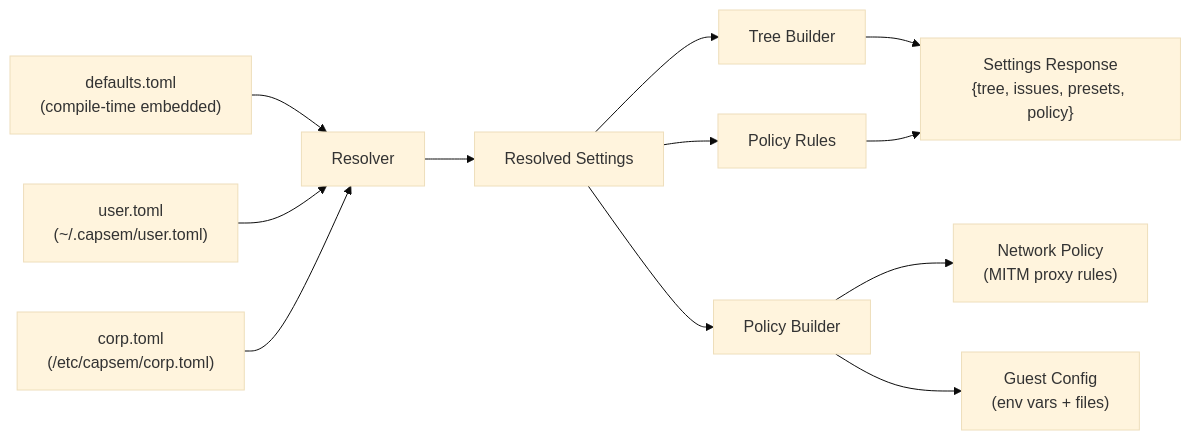
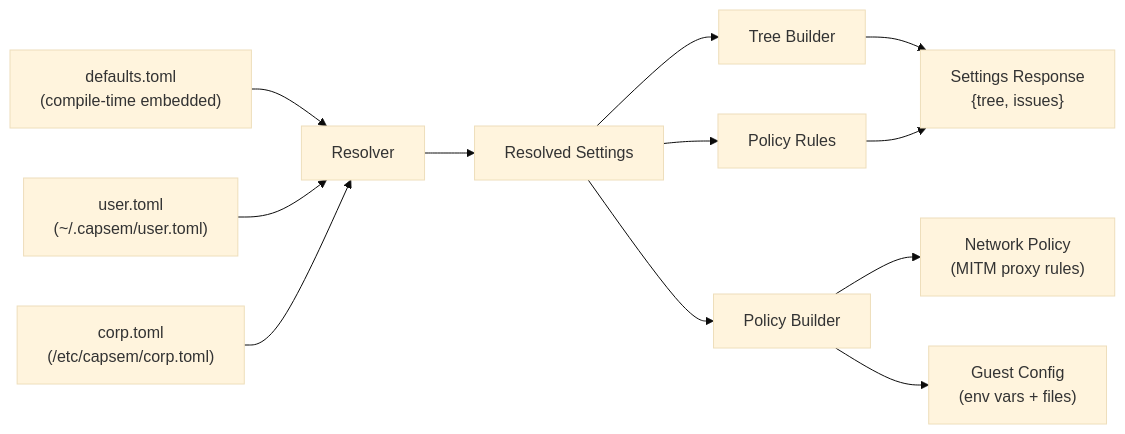
One commit to google/capsem changed the first of 6 diagrams in docs/src/content/docs/architecture/settings.md. Above: the diagram before and after it, drawn with Mermaid (base theme). The commit also changed other lines of this file and 34 other files, not shown here.

````diff
--- a/docs/src/content/docs/architecture/settings.md
+++ b/docs/src/content/docs/architecture/settings.md
@@ -19,14 +19,14 @@
 ```mermaid
 flowchart LR
   DT["defaults.toml\n(compile-time embedded)"] --> R[Resolver]
   UT["user.toml\n(~/.capsem/user.toml)"] --> R
   CT["corp.toml\n(/etc/capsem/corp.toml)"] --> R
   R --> RS["Resolved Settings"]
   RS --> TB[Tree Builder]
   RS --> P2["Policy Rules"]
   RS --> PB[Policy Builder]
-  TB --> SR["Settings Response\n{tree, issues, presets, policy}"]
+  TB --> SR["Settings Response\n{tree, issues}"]
   P2 --> SR
   PB --> NP["Network Policy\n(MITM proxy rules)"]
   PB --> GC["Guest Config\n(env vars + files)"]
 ```
````
